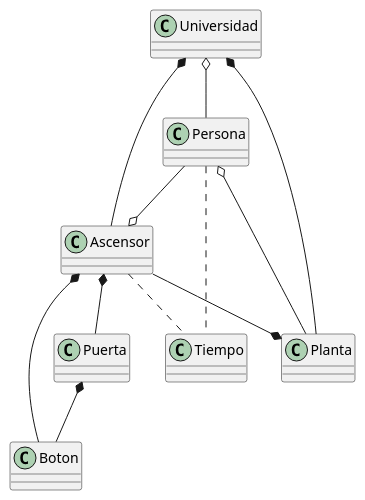
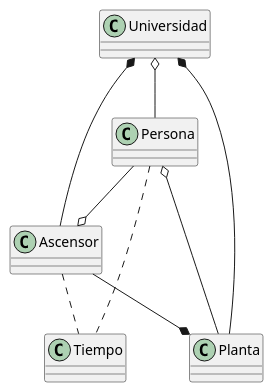
One commit to mmasias/IdSw2-22-23 changed the diagram in entregas/Grupo4/ModeloDelDominio/modeloDelDominio.puml. Above: the diagram before and after it, drawn with PlantUML. The commit also changed 2 other files, not shown here.

```diff
--- a/entregas/Grupo4/ModeloDelDominio/modeloDelDominio.puml
+++ b/entregas/Grupo4/ModeloDelDominio/modeloDelDominio.puml
@@ -1,26 +1,20 @@
 @startuml modeloDelDominio
 
 class Persona
 class Tiempo
 class Planta
 class Ascensor
 class Universidad
-class Puerta
-class Boton
 
 Planta -u-o Persona 
 Ascensor o-u- Persona 
 Planta *-u- Ascensor 
 Ascensor .r.. Tiempo 
-
-Boton -u-* Ascensor 
-Boton -u-* Puerta 
-Puerta -u-* Ascensor 
 
 Planta -u-* Universidad 
 Ascensor -u-* Universidad
 Persona -u-o Universidad 
 
 Persona ... Tiempo
 
 @enduml
```
